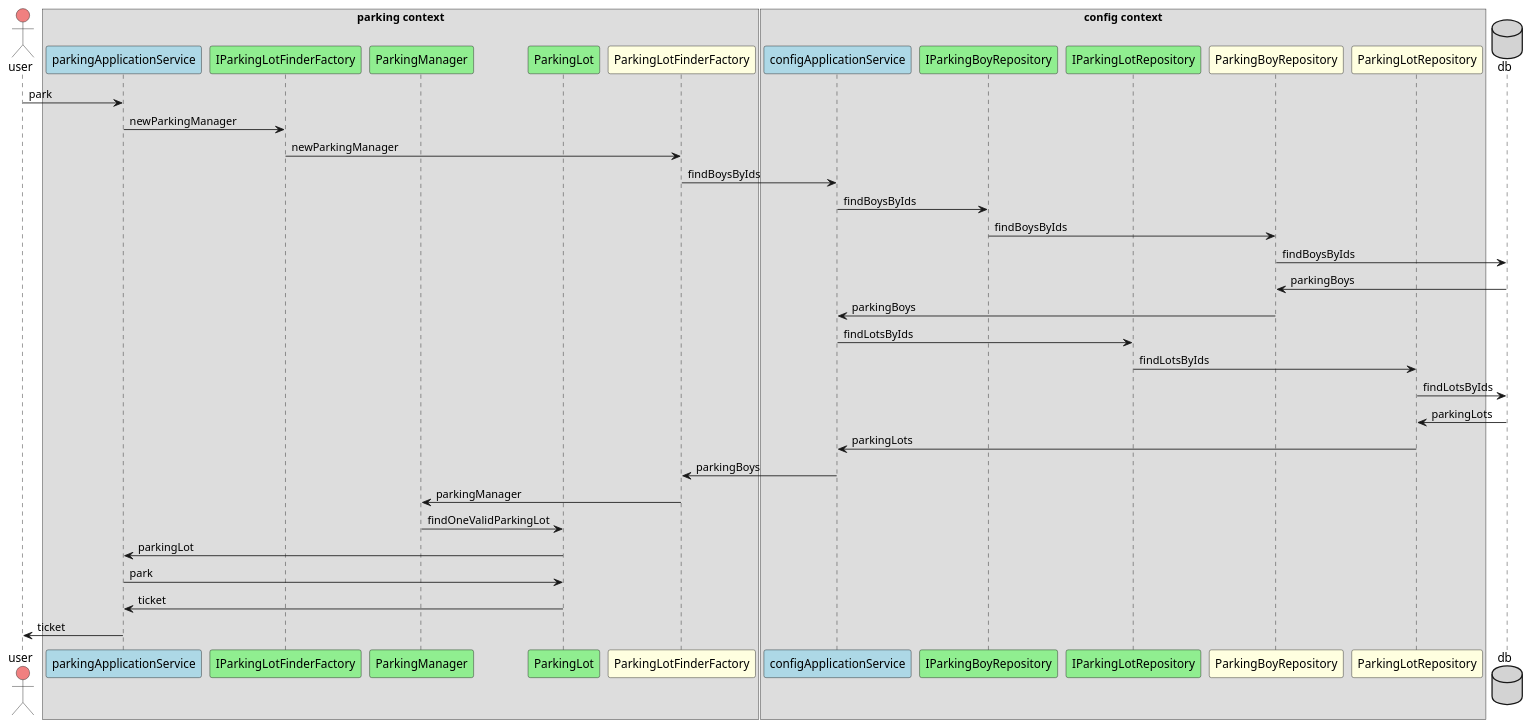
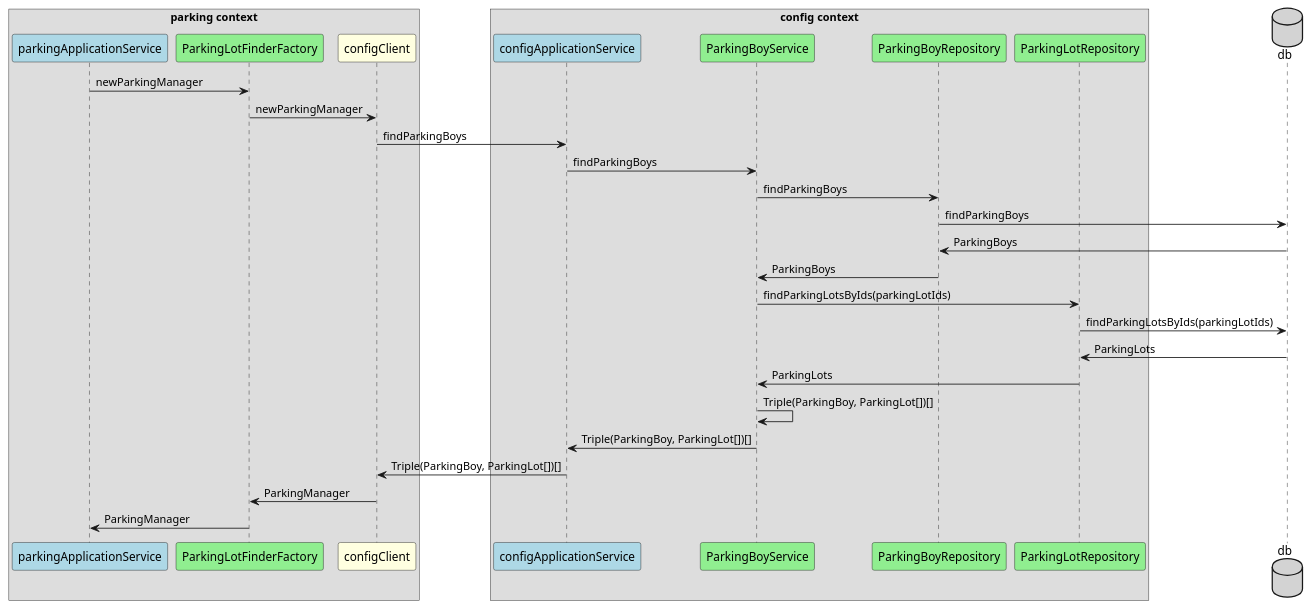
One commit to scglwsj/ddd-learning changed the second of 2 diagrams in design/sequence.puml. Above: the diagram before and after it, drawn with PlantUML. The commit also changed other lines of this file and 35 other files, not shown here.

```diff
--- a/design/sequence.puml
+++ b/design/sequence.puml
@@ -1,43 +20,35 @@
-@startuml park
-actor user #LightCoral
-
+@startuml create parking manager
 box parking context
     participant parkingApplicationService #LightBlue
-    participant IParkingLotFinderFactory #LightGreen
-    participant ParkingManager #LightGreen
-    participant ParkingLot #LightGreen
-    participant ParkingLotFinderFactory #LightYellow
+    participant ParkingLotFinderFactory #LightGreen
+    participant configClient #LightYellow
 end box
 
 box config context
     participant configApplicationService #LightBlue
-    participant IParkingBoyRepository #LightGreen
-    participant IParkingLotRepository #LightGreen
+    participant ParkingBoyService #LightGreen
+    participant ParkingBoyRepository #LightGreen
+    participant ParkingLotRepository #LightGreen
     participant ParkingBoyRepository #LightYellow
     participant ParkingLotRepository #LightYellow
 end box
-
 database db #LightGray
 
-user -> parkingApplicationService: park
-parkingApplicationService -> IParkingLotFinderFactory: newParkingManager
-IParkingLotFinderFactory -> ParkingLotFinderFactory: newParkingManager
-ParkingLotFinderFactory -> configApplicationService: findBoysByIds
-configApplicationService -> IParkingBoyRepository: findBoysByIds
-IParkingBoyRepository -> ParkingBoyRepository: findBoysByIds
-ParkingBoyRepository -> db: findBoysByIds
-db -> ParkingBoyRepository: parkingBoys
-ParkingBoyRepository -> configApplicationService: parkingBoys
-configApplicationService -> IParkingLotRepository: findLotsByIds
-IParkingLotRepository -> ParkingLotRepository: findLotsByIds
-ParkingLotRepository -> db: findLotsByIds
-db -> ParkingLotRepository: parkingLots
-ParkingLotRepository -> configApplicationService: parkingLots
-configApplicationService -> ParkingLotFinderFactory: parkingBoys
-ParkingLotFinderFactory -> ParkingManager: parkingManager
-ParkingManager -> ParkingLot: findOneValidParkingLot
-ParkingLot -> parkingApplicationService: parkingLot
-parkingApplicationService -> ParkingLot: park
-ParkingLot -> parkingApplicationService: ticket
-parkingApplicationService-> user: ticket
+parkingApplicationService -> ParkingLotFinderFactory: newParkingManager
+ParkingLotFinderFactory -> configClient: newParkingManager
+configClient -> configApplicationService: findParkingBoys
+configApplicationService -> ParkingBoyService: findParkingBoys
+ParkingBoyService -> ParkingBoyRepository: findParkingBoys
+ParkingBoyRepository -> db: findParkingBoys
+db -> ParkingBoyRepository: ParkingBoys
+ParkingBoyRepository -> ParkingBoyService: ParkingBoys
+ParkingBoyService -> ParkingLotRepository: findParkingLotsByIds(parkingLotIds)
+ParkingLotRepository -> db: findParkingLotsByIds(parkingLotIds)
+db -> ParkingLotRepository: ParkingLots
+ParkingLotRepository -> ParkingBoyService: ParkingLots
+ParkingBoyService -> ParkingBoyService: Triple(ParkingBoy, ParkingLot[])[]
+ParkingBoyService -> configApplicationService: Triple(ParkingBoy, ParkingLot[])[]
+configApplicationService -> configClient: Triple(ParkingBoy, ParkingLot[])[]
+configClient -> ParkingLotFinderFactory: ParkingManager
+ParkingLotFinderFactory -> parkingApplicationService: ParkingManager
 @enduml
```
